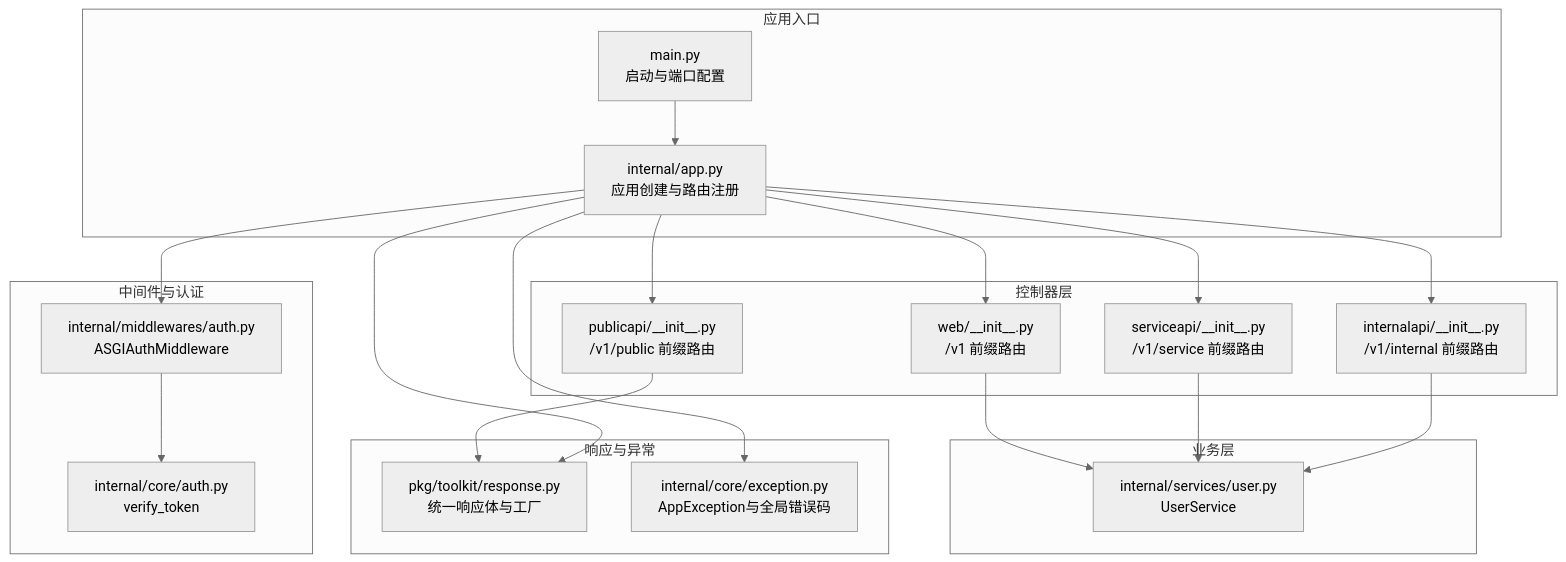
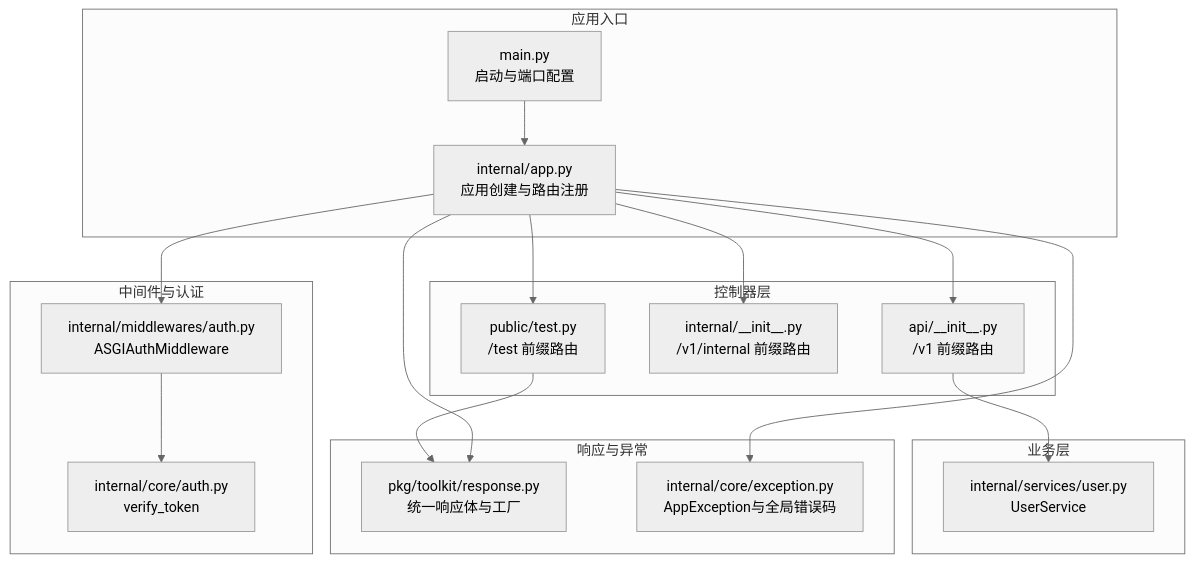
The first of 6 diagrams in .qoder/repowiki/zh/content/API接口文档/Web API接口.md (lilinzezzzzzz/fastapi-backend), drawn with Mermaid (neutral theme) before and after one commit. The commit also changed other lines of this file and 42 other files, not shown here.

````diff
--- a/.qoder/repowiki/zh/content/API接口文档/Web API接口.md
+++ b/.qoder/repowiki/zh/content/API接口文档/Web API接口.md
@@ -47,37 +54,33 @@
 ```mermaid
 graph TB
 subgraph "应用入口"
 MAIN["main.py<br/>启动与端口配置"]
 APP["internal/app.py<br/>应用创建与路由注册"]
 end
 subgraph "控制器层"
-WEB["web/__init__.py<br/>/v1 前缀路由"]
-SERVICE["serviceapi/__init__.py<br/>/v1/service 前缀路由"]
-INTERNAL["internalapi/__init__.py<br/>/v1/internal 前缀路由"]
-PUBLIC["publicapi/__init__.py<br/>/v1/public 前缀路由"]
+API["api/__init__.py<br/>/v1 前缀路由"]
+INTERNAL["internal/__init__.py<br/>/v1/internal 前缀路由"]
+PUBLIC["public/test.py<br/>/test 前缀路由"]
 end
 subgraph "业务层"
 USER_SVC["internal/services/user.py<br/>UserService"]
 end
 subgraph "中间件与认证"
 AUTH_MW["internal/middlewares/auth.py<br/>ASGIAuthMiddleware"]
 CORE_AUTH["internal/core/auth.py<br/>verify_token"]
 end
 subgraph "响应与异常"
 RESP["pkg/toolkit/response.py<br/>统一响应体与工厂"]
 EXC["internal/core/exception.py<br/>AppException与全局错误码"]
 end
 MAIN --> APP
-APP --> WEB
-APP --> SERVICE
+APP --> API
 APP --> INTERNAL
 APP --> PUBLIC
-WEB --> USER_SVC
-SERVICE --> USER_SVC
-INTERNAL --> USER_SVC
+API --> USER_SVC
 PUBLIC --> RESP
 APP --> AUTH_MW
 AUTH_MW --> CORE_AUTH
 APP --> RESP
 APP --> EXC
 ```
````
